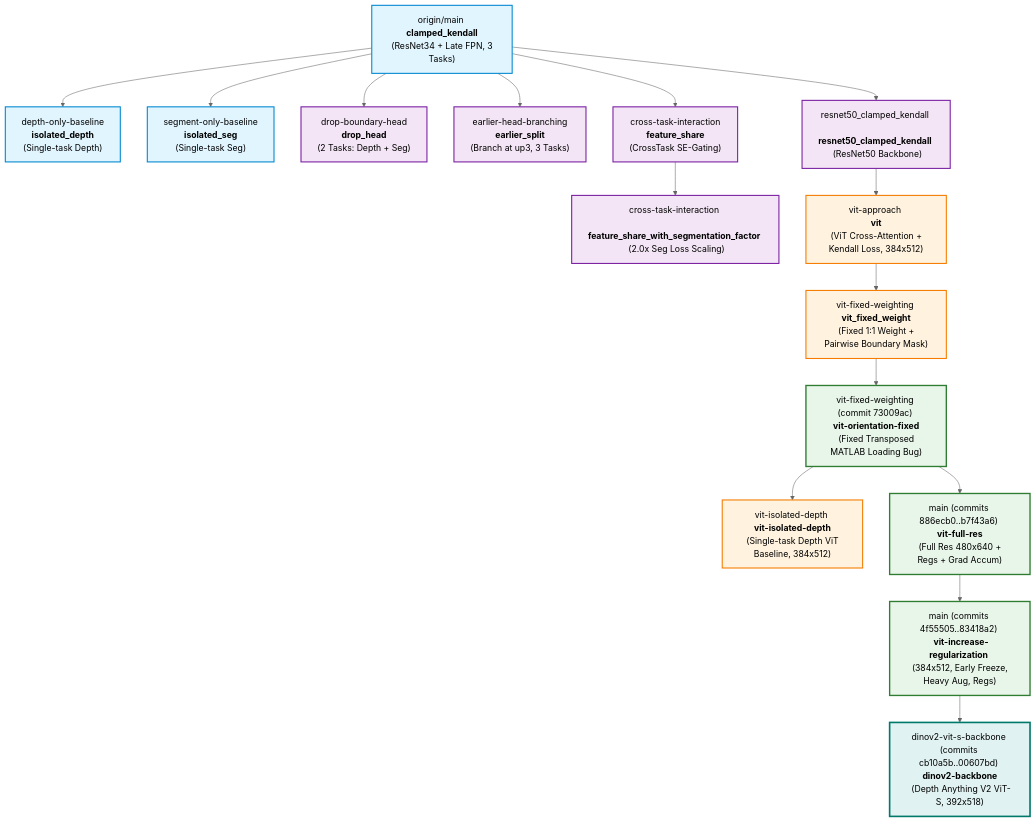
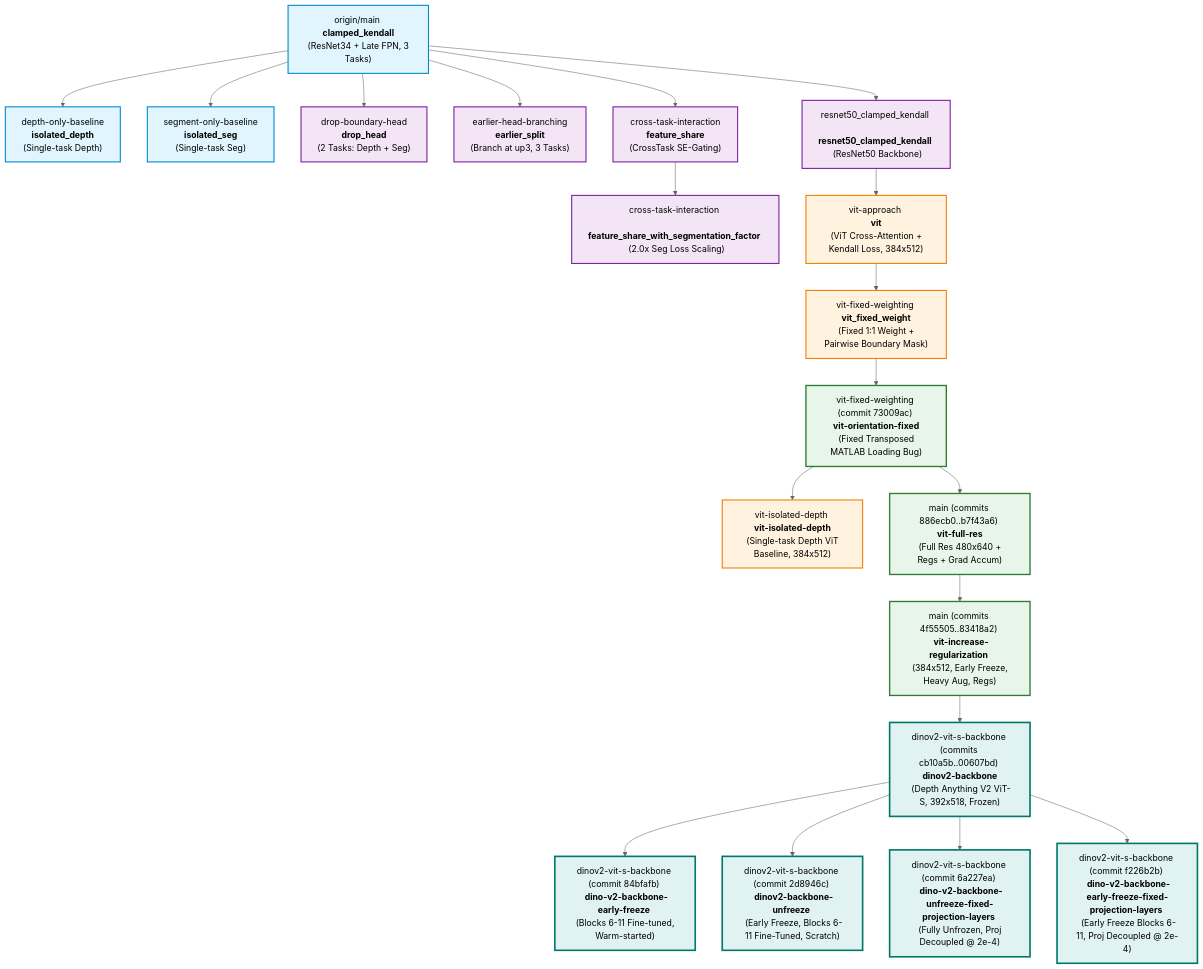
The diagram in ALL_RUN_SUMMARY.md (TotallyNotMinh/TwinForge), drawn with Mermaid (neutral theme) before and after one commit. The commit also changed other lines of this file, not shown here.

Commit message:
Update ALL_RUN_SUMMARY.md to match vit-b-encoder version (Runs 1-19)

````diff
--- a/ALL_RUN_SUMMARY.md
+++ b/ALL_RUN_SUMMARY.md
@@ -34,32 +38,36 @@
 ```mermaid
 graph TD
     Main["origin/main <br/> <b>clamped_kendall</b> <br/> (ResNet34 + Late FPN, 3 Tasks)"]
     
     Main --> IsoDepth["depth-only-baseline <br/> <b>isolated_depth</b> <br/> (Single-task Depth)"]
     Main --> IsoSeg["segment-only-baseline <br/> <b>isolated_seg</b> <br/> (Single-task Seg)"]
     Main --> DropBound["drop-boundary-head <br/> <b>drop_head</b> <br/> (2 Tasks: Depth + Seg)"]
     Main --> EarlySplit["earlier-head-branching <br/> <b>earlier_split</b> <br/> (Branch at up3, 3 Tasks)"]
     Main --> CrossTask["cross-task-interaction <br/> <b>feature_share</b> <br/> (CrossTask SE-Gating)"]
     CrossTask --> CrossTaskScale["cross-task-interaction <br/> <b>feature_share_with_segmentation_factor</b> <br/> (2.0x Seg Loss Scaling)"]
     Main --> ResNet50["resnet50_clamped_kendall <br/> <b>resnet50_clamped_kendall</b> <br/> (ResNet50 Backbone)"]
     
     ResNet50 --> ViTApp["vit-approach <br/> <b>vit</b> <br/> (ViT Cross-Attention + Kendall Loss, 384x512)"]
     ViTApp --> ViTFix["vit-fixed-weighting <br/> <b>vit_fixed_weight</b> <br/> (Fixed 1:1 Weight + Pairwise Boundary Mask)"]
     ViTFix --> ViTOri["vit-fixed-weighting (commit 73009ac) <br/> <b>vit-orientation-fixed</b> <br/> (Fixed Transposed MATLAB Loading Bug)"]
     ViTOri --> ViTIso["vit-isolated-depth <br/> <b>vit-isolated-depth</b> <br/> (Single-task Depth ViT Baseline, 384x512)"]
     ViTOri --> ViTFull["main (commits 886ecb0..b7f43a6) <br/> <b>vit-full-res</b> <br/> (Full Res 480x640 + Regs + Grad Accum)"]
     ViTFull --> ViTReg["main (commits 4f55505..83418a2) <br/> <b>vit-increase-regularization</b> <br/> (384x512, Early Freeze, Heavy Aug, Regs)"]
-    ViTReg --> DinoV2["dinov2-vit-s-backbone (commits cb10a5b..00607bd) <br/> <b>dinov2-backbone</b> <br/> (Depth Anything V2 ViT-S, 392x518)"]
+    ViTReg --> DinoV2["dinov2-vit-s-backbone (commits cb10a5b..00607bd) <br/> <b>dinov2-backbone</b> <br/> (Depth Anything V2 ViT-S, 392x518, Frozen)"]
+    DinoV2 --> DinoEarly["dinov2-vit-s-backbone (commit 84bfafb) <br/> <b>dino-v2-backbone-early-freeze</b> <br/> (Blocks 6-11 Fine-tuned, Warm-started)"]
+    DinoV2 --> DinoUnfreeze["dinov2-vit-s-backbone (commit 2d8946c) <br/> <b>dinov2-backbone-unfreeze</b> <br/> (Early Freeze, Blocks 6-11 Fine-Tuned, Scratch)"]
+    DinoV2 --> DinoUnfreezeFix["dinov2-vit-s-backbone (commit 6a227ea) <br/> <b>dino-v2-backbone-unfreeze-fixed-projection-layers</b> <br/> (Fully Unfrozen, Proj Decoupled @ 2e-4)"]
+    DinoV2 --> DinoEarlyFix["dinov2-vit-s-backbone (commit f226b2b) <br/> <b>dino-v2-backbone-early-freeze-fixed-projection-layers</b> <br/> (Early Freeze Blocks 6-11, Proj Decoupled @ 2e-4)"]
 
     classDef baseline fill:#e1f5fe,stroke:#0288d1,stroke-width:2px;
     classDef vit fill:#fff3e0,stroke:#f57c00,stroke-width:2px;
     classDef vitbest fill:#e8f5e9,stroke:#2e7d32,stroke-width:2.5px;
     classDef dinobest fill:#e0f2f1,stroke:#00796b,stroke-width:3px;
     classDef abl fill:#f3e5f5,stroke:#7b1fa2,stroke-width:2px;
     
     class Main,IsoDepth,IsoSeg baseline;
     class DropBound,EarlySplit,CrossTask,CrossTaskScale,ResNet50 abl;
     class ViTApp,ViTFix,ViTIso vit;
     class ViTOri,ViTFull,ViTReg vitbest;
-    class DinoV2 dinobest;
+    class DinoV2,DinoEarly,DinoUnfreeze,DinoUnfreezeFix,DinoEarlyFix dinobest;
 ```
````
